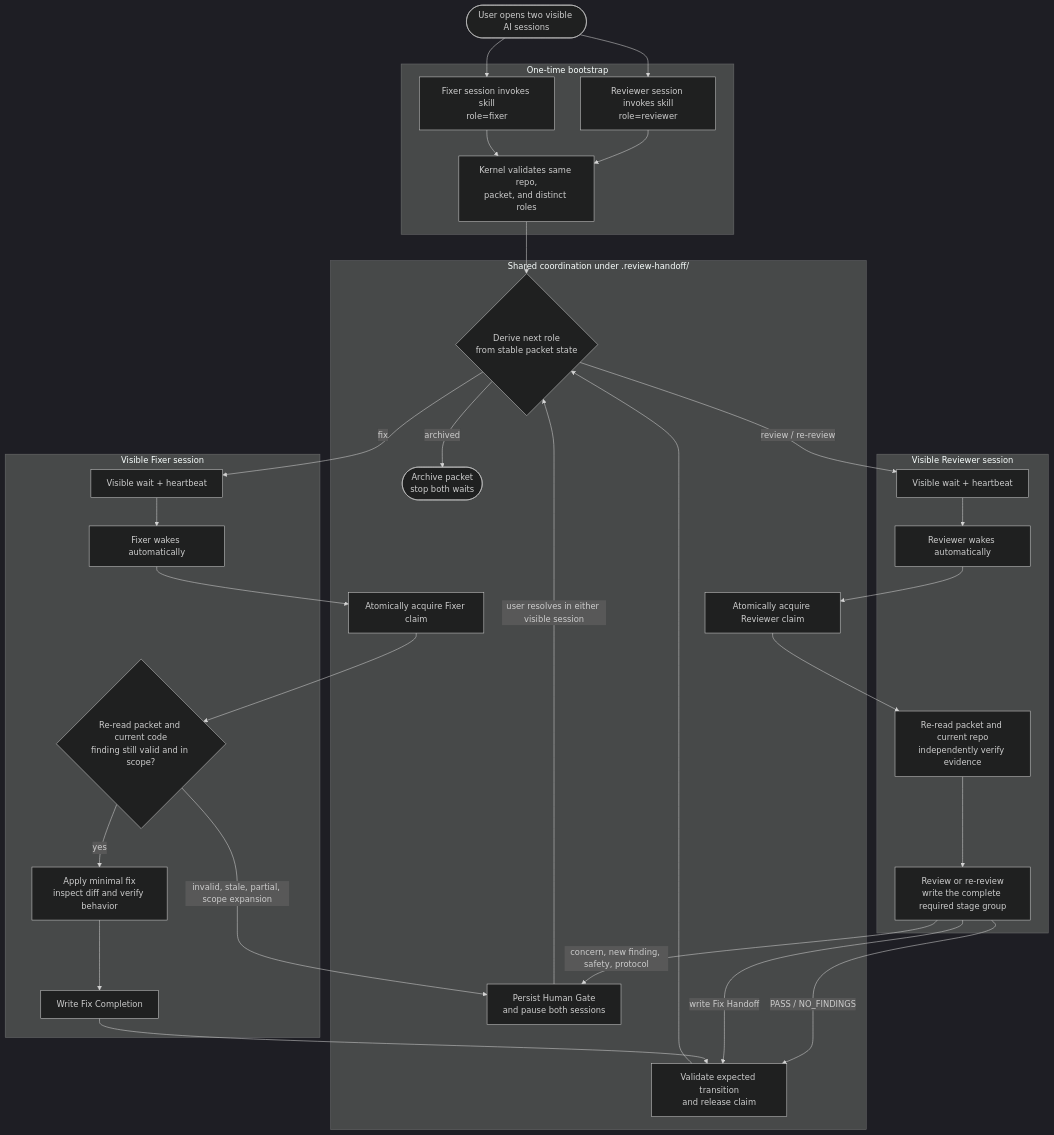
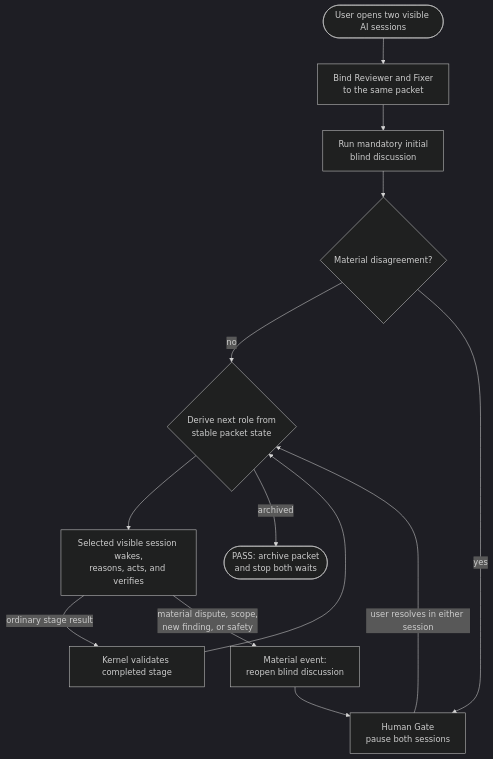
One commit to Adonis0123/adonis-skills changed the first of 2 diagrams in docs/plan-2026-07-21-review-loop-orchestrator.md. Above: the diagram before and after it, drawn with Mermaid (dark theme). The commit also changed other lines of this file, not shown here.

Commit message:
📝 docs(review): add blind deliberation protocol

````diff
--- a/docs/plan-2026-07-21-review-loop-orchestrator.md
+++ b/docs/plan-2026-07-21-review-loop-orchestrator.md
@@ -61,62 +79,24 @@
 ```mermaid
 flowchart TD
     U(["User opens two visible AI sessions"])
+    BIND["Bind Reviewer and Fixer<br/>to the same packet"]
+    BLIND["Run mandatory initial<br/>blind discussion"]
+    BRESULT{"Material disagreement?"}
+    ROUTE{"Derive next role from<br/>stable packet state"}
+    WORK["Selected visible session wakes,<br/>reasons, acts, and verifies"]
+    COMPLETE["Kernel validates completed stage"]
+    REOPEN["Material event:<br/>reopen blind discussion"]
+    GATE["Human Gate<br/>pause both sessions"]
+    ARCHIVE(["PASS: archive packet<br/>and stop both waits"])
 
-    subgraph Bootstrap["One-time bootstrap"]
-        RB["Reviewer session invokes skill<br/>role=reviewer"]
-        FB["Fixer session invokes skill<br/>role=fixer"]
-        BIND["Kernel validates same repo,<br/>packet, and distinct roles"]
-    end
-
-    subgraph Shared["Shared coordination under .review-handoff/"]
-        ROUTE{"Derive next role<br/>from stable packet state"}
-        RCLAIM["Atomically acquire Reviewer claim"]
-        FCLAIM["Atomically acquire Fixer claim"]
-        COMPLETE["Validate expected transition<br/>and release claim"]
-        GATE["Persist Human Gate<br/>and pause both sessions"]
-        ARCHIVE(["Archive packet<br/>stop both waits"])
-    end
-
-    subgraph Reviewer["Visible Reviewer session"]
-        RW["Visible wait + heartbeat"]
-        RWAKE["Reviewer wakes automatically"]
-        RVERIFY["Re-read packet and current repo<br/>independently verify evidence"]
-        REVIEW["Review or re-review<br/>write the complete required stage group"]
-    end
-
-    subgraph Fixer["Visible Fixer session"]
-        FW["Visible wait + heartbeat"]
-        FWAKE["Fixer wakes automatically"]
-        FVERIFY{"Re-read packet and current code<br/>finding still valid and in scope?"}
-        FIX["Apply minimal fix<br/>inspect diff and verify behavior"]
-        FCOMP["Write Fix Completion"]
-    end
-
-    U --> RB
-    U --> FB
-    RB --> BIND
-    FB --> BIND
-    BIND --> ROUTE
-
-    ROUTE -->|"review / re-review"| RW
-    RW --> RWAKE
-    RWAKE --> RCLAIM
-    RCLAIM --> RVERIFY
-    RVERIFY --> REVIEW
-    REVIEW -->|"PASS / NO_FINDINGS"| COMPLETE
-    REVIEW -->|"write Fix Handoff"| COMPLETE
-    REVIEW -->|"concern, new finding, safety, protocol"| GATE
-
+    U --> BIND --> BLIND --> BRESULT
+    BRESULT -->|"no"| ROUTE
+    BRESULT -->|"yes"| GATE
+    ROUTE --> WORK
+    ROUTE -->|"archived"| ARCHIVE
+    WORK -->|"ordinary stage result"| COMPLETE
     COMPLETE --> ROUTE
-    ROUTE -->|"archived"| ARCHIVE
-    ROUTE -->|"fix"| FW
-    FW --> FWAKE
-    FWAKE --> FCLAIM
-    FCLAIM --> FVERIFY
-    FVERIFY -->|"yes"| FIX
-    FIX --> FCOMP
-    FCOMP --> COMPLETE
-    FVERIFY -->|"invalid, stale, partial, scope expansion"| GATE
-
-    GATE -->|"user resolves in either visible session"| ROUTE
+    WORK -->|"material dispute, scope,<br/>new finding, or safety"| REOPEN
+    REOPEN --> GATE
+    GATE -->|"user resolves in either session"| ROUTE
 ```
````
